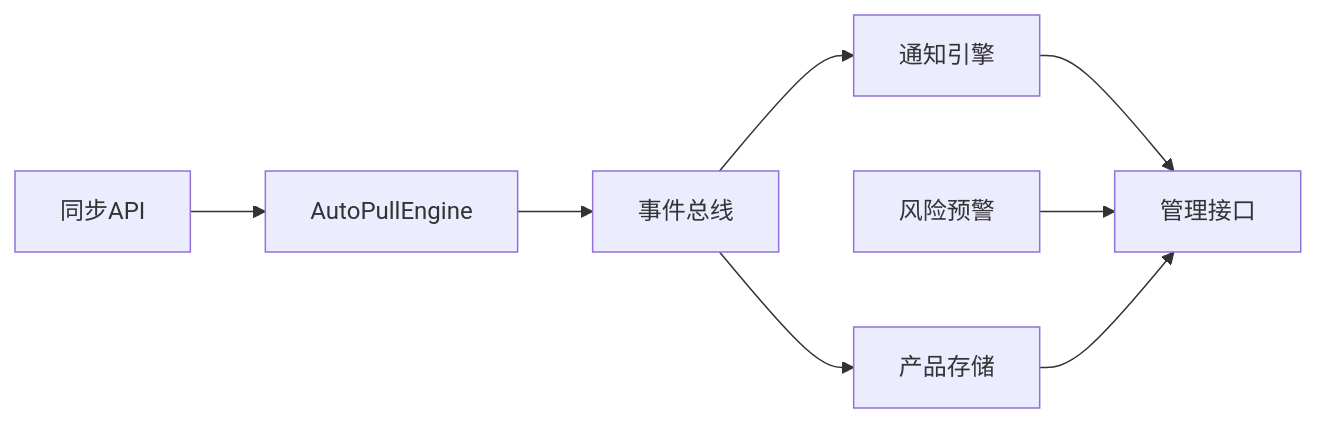
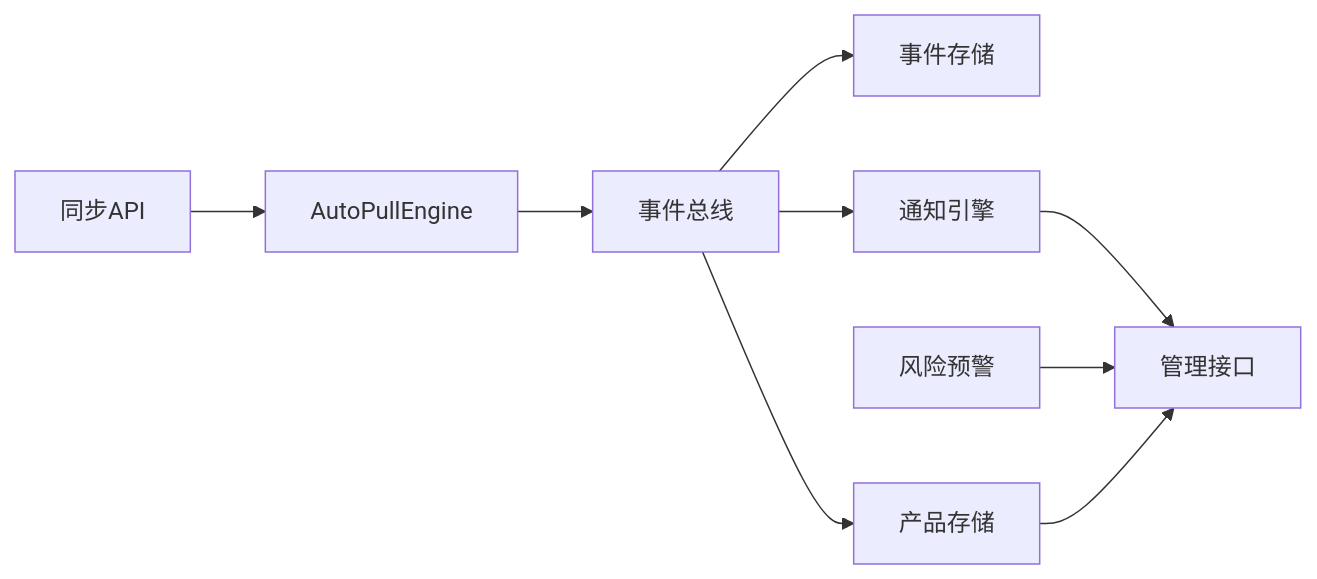
The tenth of 10 diagrams in .qoder/repowiki/zh/content/监控与运维/日志管理.md (angledick/-), drawn with Mermaid before and after one commit. The commit also changed other lines of this file and 193 other files, not shown here.

````diff
--- a/.qoder/repowiki/zh/content/监控与运维/日志管理.md
+++ b/.qoder/repowiki/zh/content/监控与运维/日志管理.md
@@ -393,10 +472,11 @@
 ```mermaid
 graph LR
 APE["AutoPullEngine"] --> EB["事件总线"]
+EB --> ES["事件存储"]
 EB --> PS["产品存储"]
 EB --> NE["通知引擎"]
 NE --> ADM["管理接口"]
 RA["风险预警"] --> ADM
 PS --> ADM
 SYNCAPI["同步API"] --> APE
 ```
````
